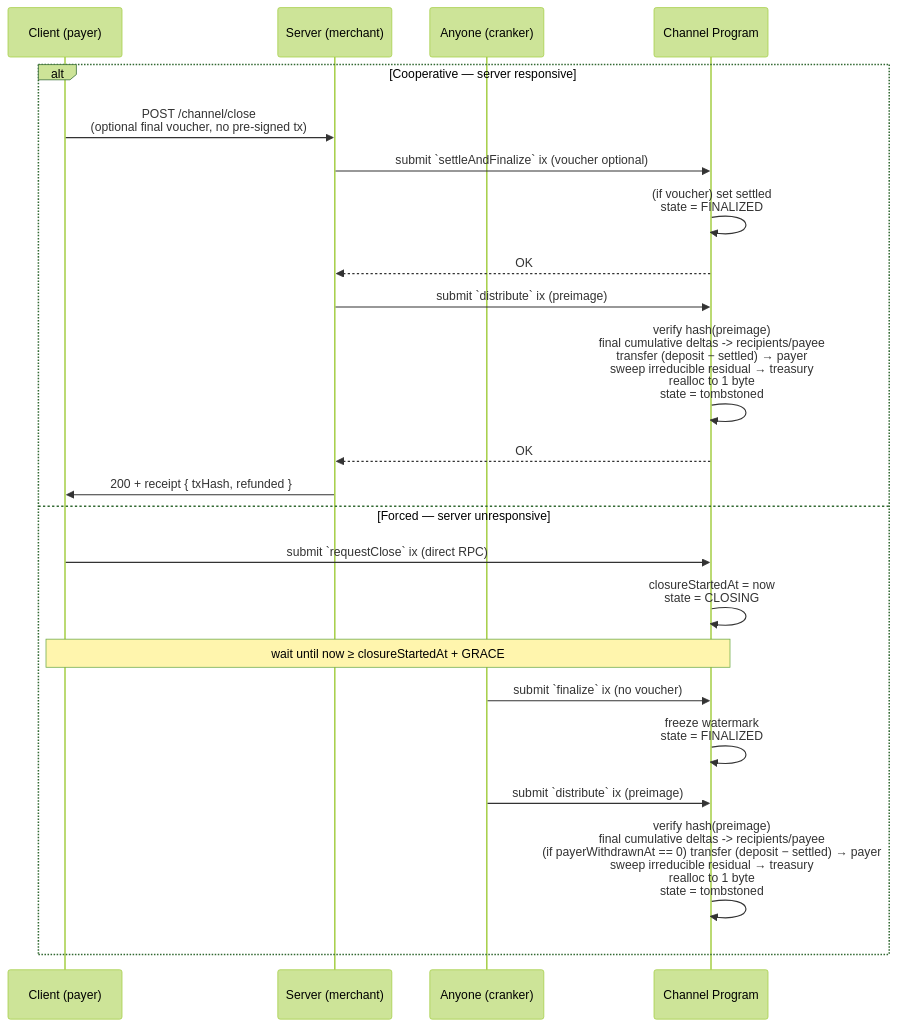
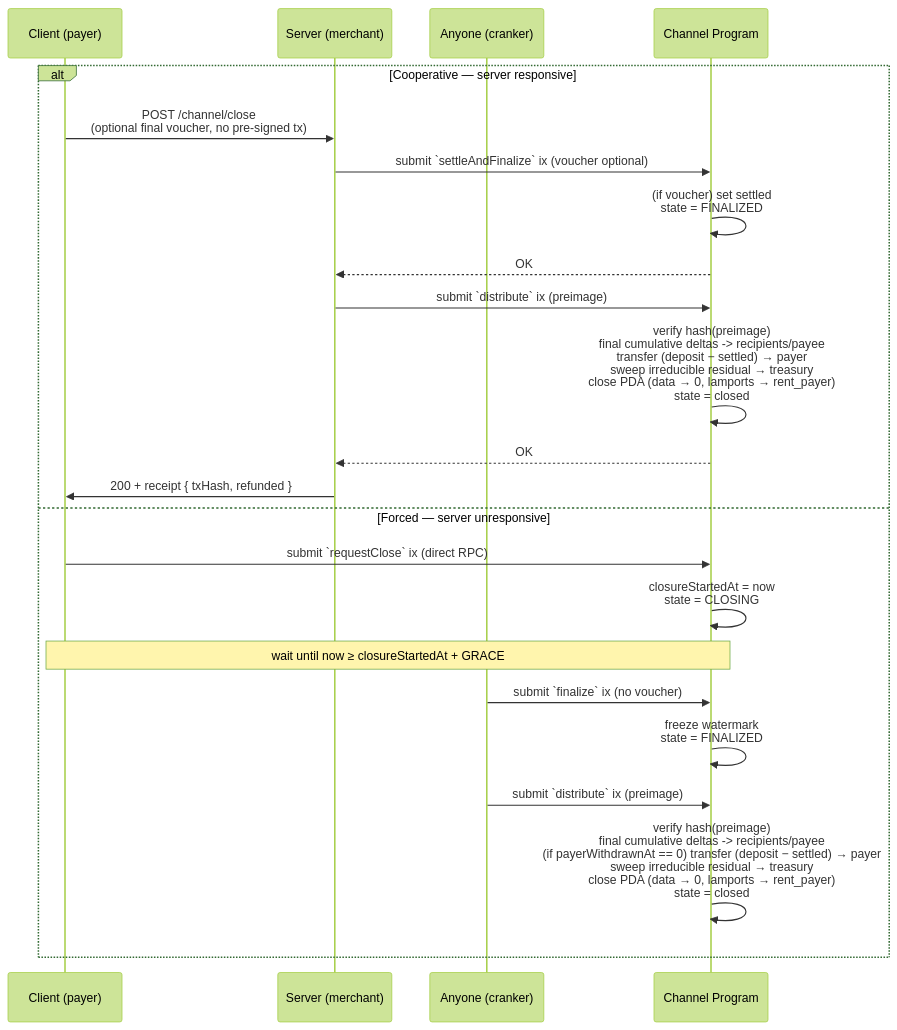
Before and after one commit to solana-foundation/payment-channels: the second of 2 diagrams in docs/002-http-protocol.md, drawn with Mermaid (forest theme). The commit also changed other lines of this file and 70 other files, not shown here.

````diff
--- a/docs/002-http-protocol.md
+++ b/docs/002-http-protocol.md
@@ -157,30 +158,30 @@
 ```mermaid
 sequenceDiagram
     participant C as Client (payer)
     participant S as Server (merchant)
     participant A as Anyone (cranker)
     participant P as Channel Program
 
     alt Cooperative — server responsive
         C->>S: POST /channel/close<br/>(optional final voucher, no pre-signed tx)
         S->>P: submit `settleAndFinalize` ix (voucher optional)
         P->>P: (if voucher) set settled<br/>state = FINALIZED
         P-->>S: OK
 
         S->>P: submit `distribute` ix (preimage)
-        P->>P: verify hash(preimage)<br/>final cumulative deltas -> recipients/payee<br/>transfer (deposit − settled) → payer<br/>sweep irreducible residual → treasury<br/>realloc to 1 byte<br/>state = tombstoned
+        P->>P: verify hash(preimage)<br/>final cumulative deltas -> recipients/payee<br/>transfer (deposit − settled) → payer<br/>sweep irreducible residual → treasury<br/>close PDA (data → 0, lamports → rent_payer)<br/>state = closed
         P-->>S: OK
         S->>C: 200 + receipt { txHash, refunded }
     else Forced — server unresponsive
         C->>P: submit `requestClose` ix (direct RPC)
         P->>P: closureStartedAt = now<br/>state = CLOSING
 
         Note over C,P: wait until now ≥ closureStartedAt + GRACE
 
         A->>P: submit `finalize` ix (no voucher)
         P->>P: freeze watermark<br/>state = FINALIZED
 
         A->>P: submit `distribute` ix (preimage)
-        P->>P: verify hash(preimage)<br/>final cumulative deltas -> recipients/payee<br/>(if payerWithdrawnAt == 0) transfer (deposit − settled) → payer<br/>sweep irreducible residual → treasury<br/>realloc to 1 byte<br/>state = tombstoned
+        P->>P: verify hash(preimage)<br/>final cumulative deltas -> recipients/payee<br/>(if payerWithdrawnAt == 0) transfer (deposit − settled) → payer<br/>sweep irreducible residual → treasury<br/>close PDA (data → 0, lamports → rent_payer)<br/>state = closed
     end
 ```
````
